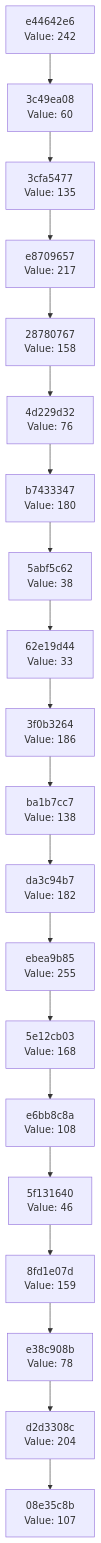
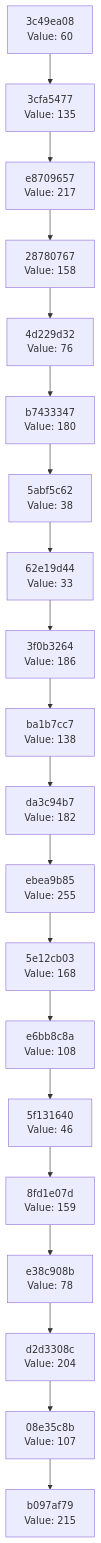
Before and after one commit to Abhisheksinha1506/hash-chain-evolver: the diagram in docs/CHAIN_VISUALIZATION.md, drawn with Mermaid. The commit also changed 2 other files, not shown here.

Commit message:
Evolution Step

````diff
--- a/docs/CHAIN_VISUALIZATION.md
+++ b/docs/CHAIN_VISUALIZATION.md
@@ -3,42 +3,42 @@
 ```mermaid
 graph TD
-    C0["08e35c8b<br/>Value: 107"]
-    C1["d2d3308c<br/>Value: 204"]
+    C0["b097af79<br/>Value: 215"]
+    C1["08e35c8b<br/>Value: 107"]
     C1 --> C0
-    C2["e38c908b<br/>Value: 78"]
+    C2["d2d3308c<br/>Value: 204"]
     C2 --> C1
-    C3["8fd1e07d<br/>Value: 159"]
+    C3["e38c908b<br/>Value: 78"]
     C3 --> C2
-    C4["5f131640<br/>Value: 46"]
+    C4["8fd1e07d<br/>Value: 159"]
     C4 --> C3
-    C5["e6bb8c8a<br/>Value: 108"]
+    C5["5f131640<br/>Value: 46"]
     C5 --> C4
-    C6["5e12cb03<br/>Value: 168"]
+    C6["e6bb8c8a<br/>Value: 108"]
     C6 --> C5
-    C7["ebea9b85<br/>Value: 255"]
+    C7["5e12cb03<br/>Value: 168"]
     C7 --> C6
-    C8["da3c94b7<br/>Value: 182"]
+    C8["ebea9b85<br/>Value: 255"]
     C8 --> C7
-    C9["ba1b7cc7<br/>Value: 138"]
+    C9["da3c94b7<br/>Value: 182"]
     C9 --> C8
-    C10["3f0b3264<br/>Value: 186"]
+    C10["ba1b7cc7<br/>Value: 138"]
     C10 --> C9
-    C11["62e19d44<br/>Value: 33"]
+    C11["3f0b3264<br/>Value: 186"]
     C11 --> C10
-    C12["5abf5c62<br/>Value: 38"]
+    C12["62e19d44<br/>Value: 33"]
     C12 --> C11
-    C13["b7433347<br/>Value: 180"]
+    C13["5abf5c62<br/>Value: 38"]
     C13 --> C12
-    C14["4d229d32<br/>Value: 76"]
+    C14["b7433347<br/>Value: 180"]
     C14 --> C13
-    C15["28780767<br/>Value: 158"]
+    C15["4d229d32<br/>Value: 76"]
     C15 --> C14
-    C16["e8709657<br/>Value: 217"]
+    C16["28780767<br/>Value: 158"]
     C16 --> C15
-    C17["3cfa5477<br/>Value: 135"]
+    C17["e8709657<br/>Value: 217"]
     C17 --> C16
-    C18["3c49ea08<br/>Value: 60"]
+    C18["3cfa5477<br/>Value: 135"]
     C18 --> C17
-    C19["e44642e6<br/>Value: 242"]
+    C19["3c49ea08<br/>Value: 60"]
     C19 --> C18
 ```
````
